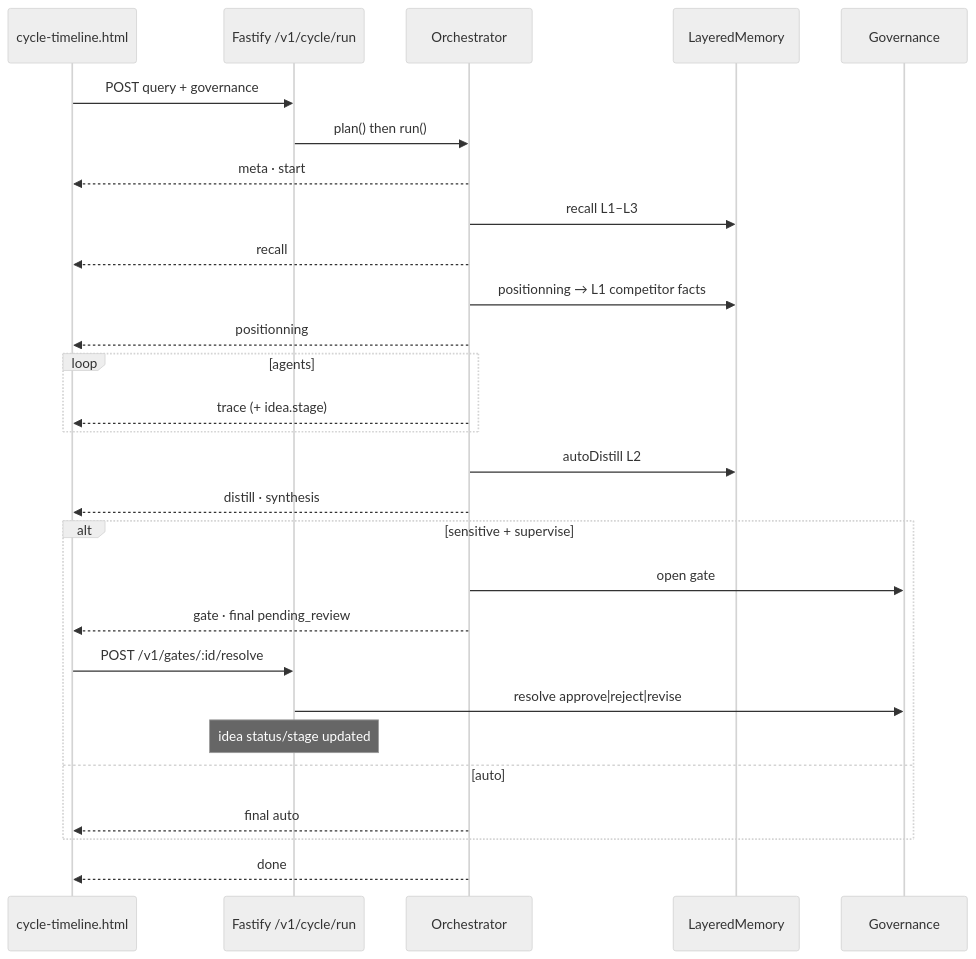
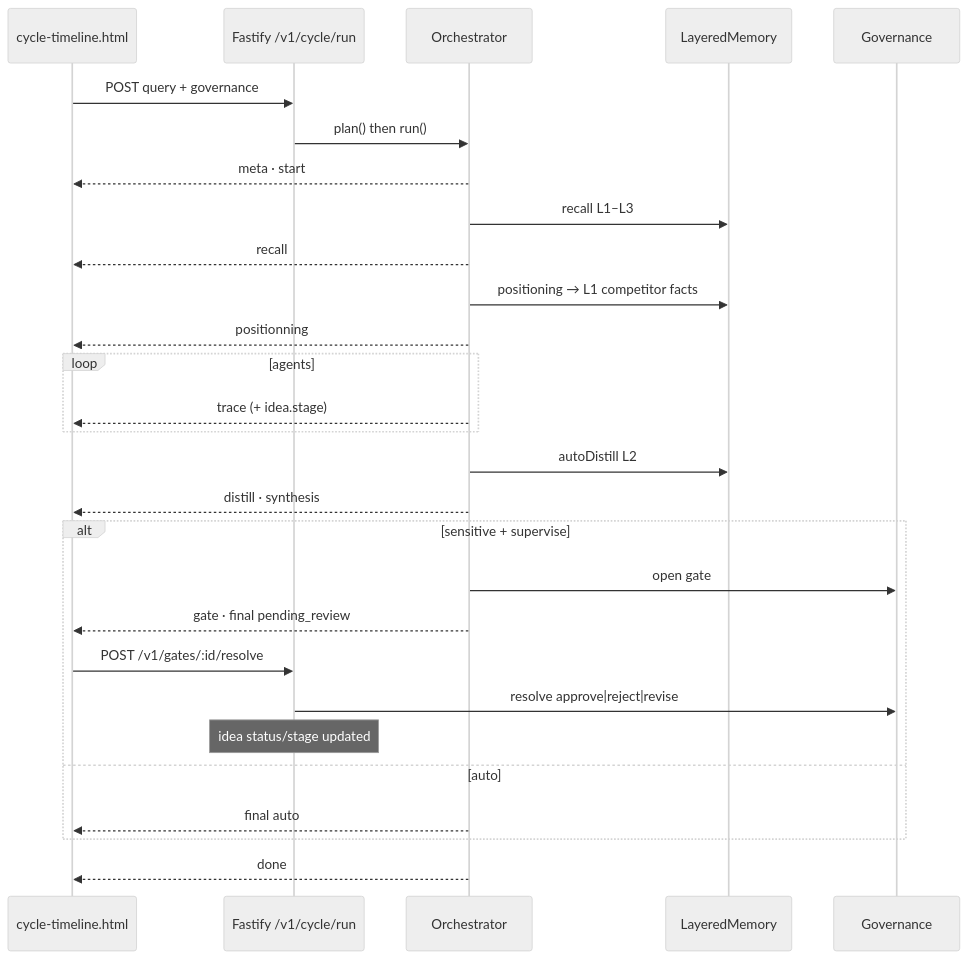
The second of 6 diagrams in README.md (Geoking2104/KayrosLab), drawn with Mermaid (neutral theme) before and after one commit. The commit also changed other lines of this file, not shown here.

````diff
--- a/README.md
+++ b/README.md
@@ -58,31 +60,31 @@
 ```mermaid
 sequenceDiagram
   participant UI as cycle-timeline.html
   participant API as Fastify /v1/cycle/run
   participant ORCH as Orchestrator
   participant MEM as LayeredMemory
   participant GOV as Governance
 
   UI->>API: POST query + governance
   API->>ORCH: plan() then run()
   ORCH-->>UI: meta · start
   ORCH->>MEM: recall L1–L3
   ORCH-->>UI: recall
-  ORCH->>MEM: positionning → L1 competitor facts
+  ORCH->>MEM: positioning → L1 competitor facts
   ORCH-->>UI: positionning
   loop agents
     ORCH-->>UI: trace (+ idea.stage)
   end
   ORCH->>MEM: autoDistill L2
   ORCH-->>UI: distill · synthesis
   alt sensitive + supervise
     ORCH->>GOV: open gate
     ORCH-->>UI: gate · final pending_review
     UI->>API: POST /v1/gates/:id/resolve
     API->>GOV: resolve approve|reject|revise
     Note over API: idea status/stage updated
   else auto
     ORCH-->>UI: final auto
   end
   ORCH-->>UI: done
 ```
````
